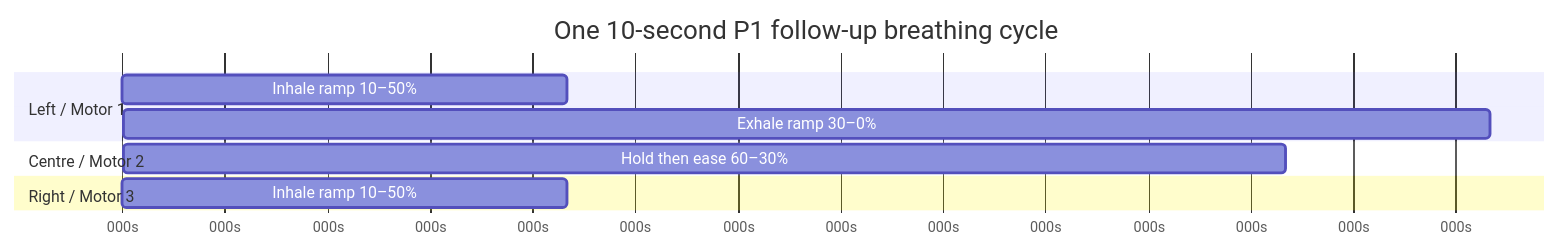
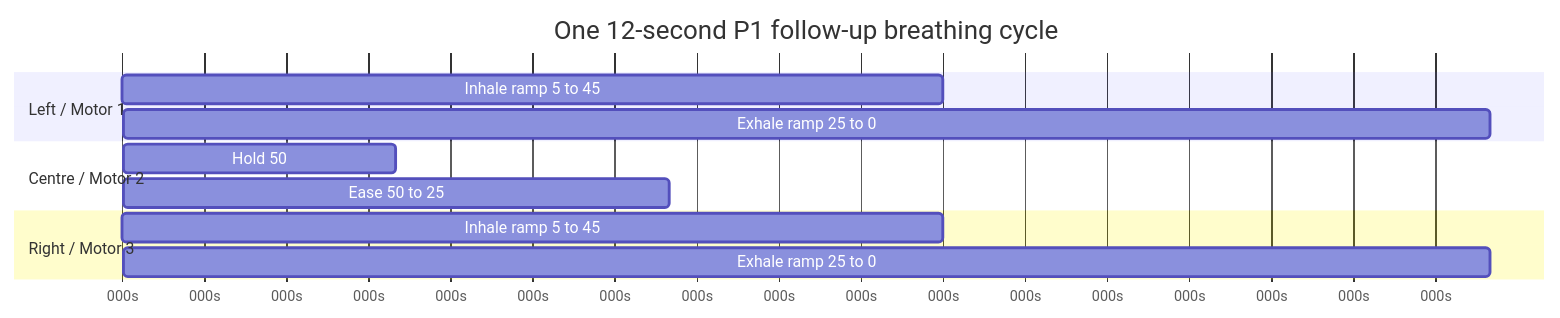
The third of 3 diagrams in docs/README.md (rohanbaichwal1-rgb/Sutra), drawn with Mermaid before and after one commit. The commit also changed other lines of this file and 5 other files, not shown here.

````diff
--- a/docs/README.md
+++ b/docs/README.md
@@ -68,13 +63,15 @@
 ```mermaid
 gantt
-    title One 10-second P1 follow-up breathing cycle
+    title One 12-second P1 follow-up breathing cycle
     dateFormat  X
     axisFormat %Ls
     section Left / Motor 1
-    Inhale ramp 10–50% : 0, 1300
-    Exhale ramp 30–0% : 6000, 4000
+    Inhale ramp 5 to 45 : 0, 3000
+    Exhale ramp 25 to 0 : 7000, 5000
     section Centre / Motor 2
-    Hold then ease 60–30% : 2600, 3400
+    Hold 50 : 3000, 1000
+    Ease 50 to 25 : 5000, 2000
     section Right / Motor 3
-    Inhale ramp 10–50% : 1300, 1300
+    Inhale ramp 5 to 45 : 0, 3000
+    Exhale ramp 25 to 0 : 7000, 5000
 ```
````
